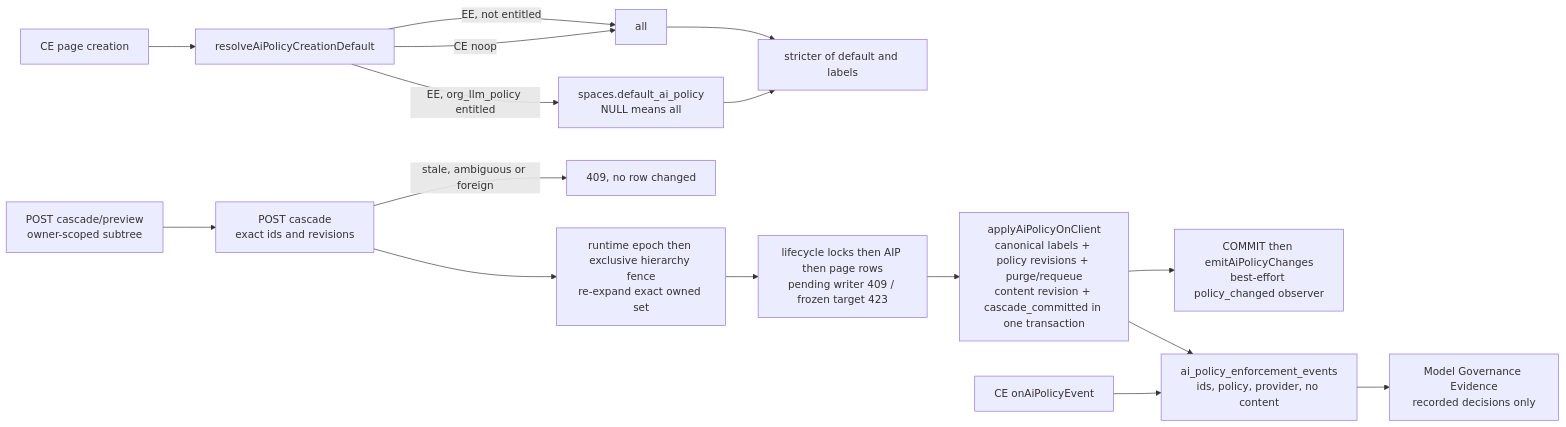
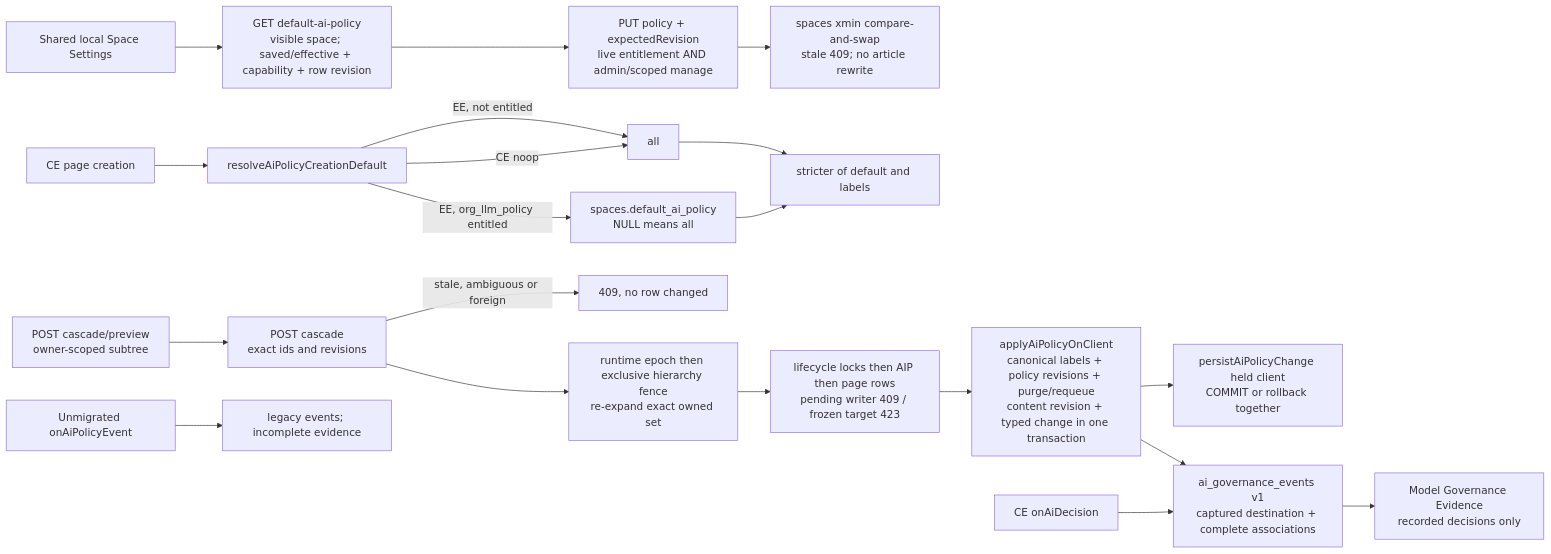
The sixth of 6 diagrams in docs/architecture/10-flow-enterprise-license.md (Compendiq/compendiq-ce), drawn with Mermaid before and after one commit. The commit also changed other lines of this file and 18 other files, not shown here.

````diff
--- a/docs/architecture/10-flow-enterprise-license.md
+++ b/docs/architecture/10-flow-enterprise-license.md
@@ -218,18 +218,22 @@
 ```mermaid
 flowchart LR
+    settings["Shared local Space Settings"] --> readDefault["GET default-ai-policy<br/>visible space; saved/effective + capability + row revision"]
+    readDefault --> putDefault["PUT policy + expectedRevision<br/>live entitlement AND admin/scoped manage"]
+    putDefault --> cas["spaces xmin compare-and-swap<br/>stale 409; no article rewrite"]
     create["CE page creation"] --> hook["resolveAiPolicyCreationDefault"]
     hook -->|CE noop| all["all"]
     hook -->|EE, org_llm_policy entitled| spaceDefault["spaces.default_ai_policy<br/>NULL means all"]
     hook -->|EE, not entitled| all
     spaceDefault --> stricter["stricter of default and labels"]
     all --> stricter
     preview["POST cascade/preview<br/>owner-scoped subtree"] --> commit["POST cascade<br/>exact ids and revisions"]
     commit -->|stale, ambiguous or foreign| conflict["409, no row changed"]
     commit --> fence["runtime epoch then exclusive hierarchy fence<br/>re-expand exact owned set"]
     fence --> locks["lifecycle locks then AIP then page rows<br/>pending writer 409 / frozen target 423"]
-    locks --> write["applyAiPolicyOnClient<br/>canonical labels + policy revisions + purge/requeue<br/>content revision + cascade_committed in one transaction"]
-    write --> committed["COMMIT then emitAiPolicyChanges<br/>best-effort policy_changed observer"]
-    observer["CE onAiPolicyEvent"] --> events["ai_policy_enforcement_events<br/>ids, policy, provider, no content"]
+    locks --> write["applyAiPolicyOnClient<br/>canonical labels + policy revisions + purge/requeue<br/>content revision + typed change in one transaction"]
+    write --> committed["persistAiPolicyChange held client<br/>COMMIT or rollback together"]
+    observer["CE onAiDecision"] --> events["ai_governance_events v1<br/>captured destination + complete associations"]
+    legacy["Unmigrated onAiPolicyEvent"] --> old["legacy events; incomplete evidence"]
     write --> events
     events --> report["Model Governance Evidence<br/>recorded decisions only"]
 ```
````
